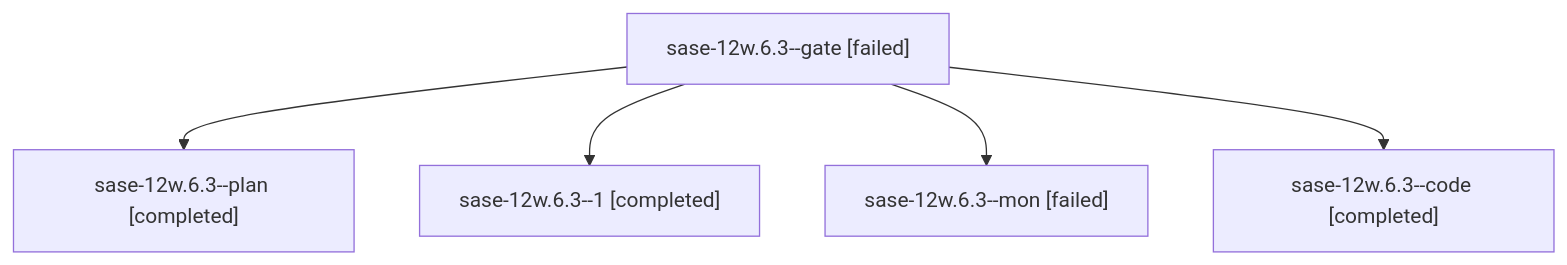
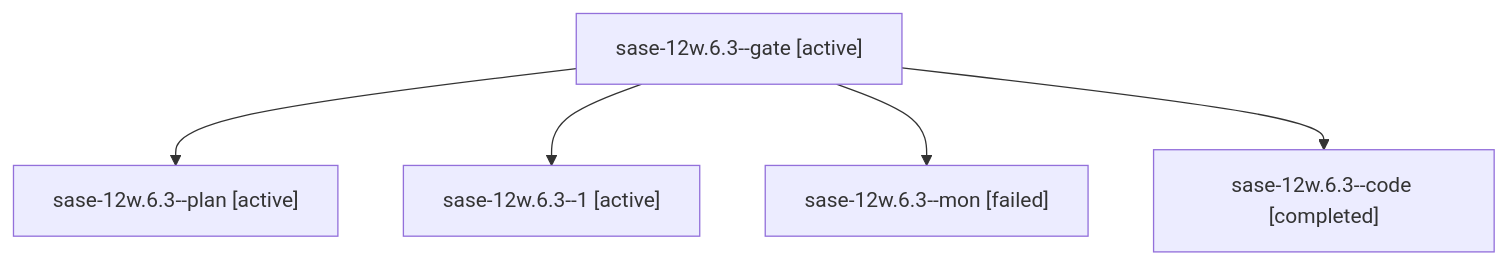
The diagram in families/bbugyi200.athena.sase-12w.6.3.md (sase-org/sase--agents), drawn with Mermaid before and after one commit. The commit also changed other lines of this file and 35830 other files, not shown here.

````diff
--- a/families/bbugyi200.athena.sase-12w.6.3.md
+++ b/families/bbugyi200.athena.sase-12w.6.3.md
@@ -9,12 +9,12 @@
 ```mermaid
 flowchart TD
-  n0["sase-12w.6.3--gate [failed]"]
-  n1["sase-12w.6.3--plan [completed]"]
+  n0["sase-12w.6.3--gate [active]"]
+  n1["sase-12w.6.3--plan [active]"]
   n0 --> n1
-  n2["sase-12w.6.3--1 [completed]"]
+  n2["sase-12w.6.3--1 [active]"]
   n0 --> n2
   n3["sase-12w.6.3--mon [failed]"]
   n0 --> n3
   n4["sase-12w.6.3--code [completed]"]
   n0 --> n4
 ```
````
